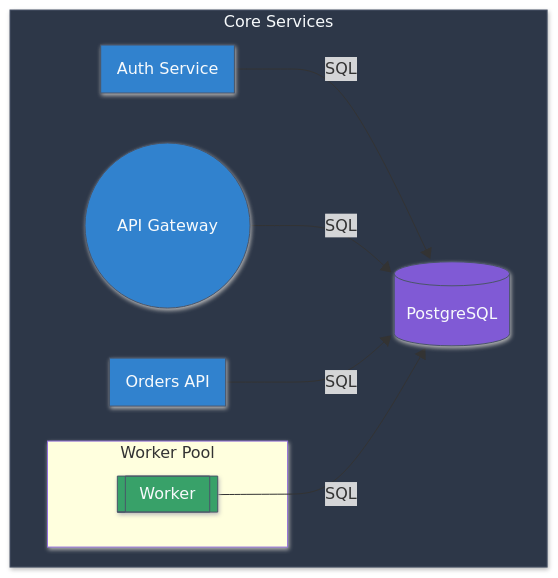
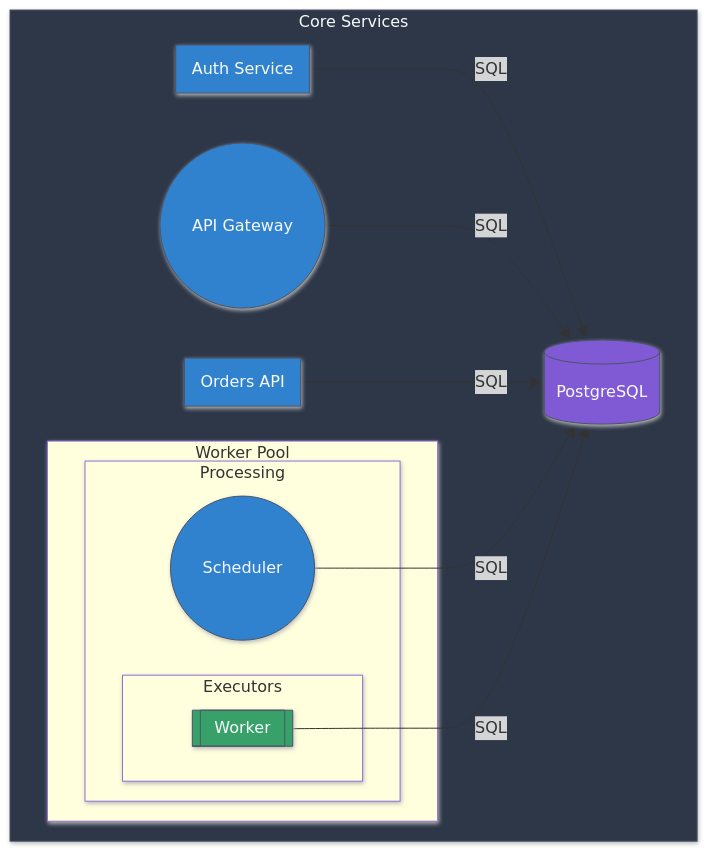
Before and after one commit to hallundbaek/archinix: the diagram in docs/service-calls-db-architecture.md, drawn with Mermaid. The commit also changed 4 other files, not shown here.

````diff
--- a/docs/service-calls-db-architecture.md
+++ b/docs/service-calls-db-architecture.md
@@ -3,38 +3,46 @@
 ```mermaid
 %%{init: {"look":"neo"} }%%
 flowchart TD
 subgraph b_core["Core Services"]
 auth["Auth Service"]
 db[("PostgreSQL")]
 gateway(("API Gateway"))
 orders["Orders API"]
 subgraph b_core_workers["Worker Pool"]
+subgraph b_core_workers_processing["Processing"]
+subgraph b_core_workers_processing_executors["Executors"]
 worker[["Worker"]]
+end
+scheduler(("Scheduler"))
+end
 end
 end
 auth -->|"SQL"| db
 gateway -->|"SQL"| db
 orders -->|"SQL"| db
+scheduler -->|"SQL"| db
 worker -->|"SQL"| db
 classDef actor fill:#eef0ff,stroke:#5a67d8,color:#1a202c
 classDef participant fill:#eaf5ff,stroke:#3182ce,color:#1a202c
 classDef boundary fill:#edf2f7,stroke:#4a5568,color:#1a202c
 classDef control fill:#e6fffa,stroke:#319795,color:#1a202c
 classDef entity fill:#fffaf0,stroke:#dd6b20,color:#1a202c
 classDef database fill:#faf5ff,stroke:#805ad5,color:#1a202c
 classDef collections fill:#f0fff4,stroke:#38a169,color:#1a202c
 classDef queue fill:#fff5f5,stroke:#e53e3e,color:#1a202c
 classDef composite fill:#edf2f7,stroke:#4a5568,stroke-width:3px,color:#1a202c
 classDef ancestor fill:#f7fafc,stroke:#718096,stroke-dasharray:5,5,color:#1a202c
 class auth participant
 class gateway control
 class orders participant
 class worker collections
+class scheduler control
 class db database
 style auth fill:#3182ce,stroke:#4a5568,color:#f7fafc
 style db fill:#805ad5,stroke:#4a5568,color:#f7fafc
 style gateway fill:#3182ce,stroke:#4a5568,color:#f7fafc
 style orders fill:#3182ce,stroke:#4a5568,color:#f7fafc
+style scheduler fill:#3182ce,stroke:#4a5568,color:#f7fafc
 style worker fill:#38a169,stroke:#4a5568,color:#f7fafc
 style b_core fill:#2D3748,stroke:#4a5568,color:#f7fafc
 ```
````
